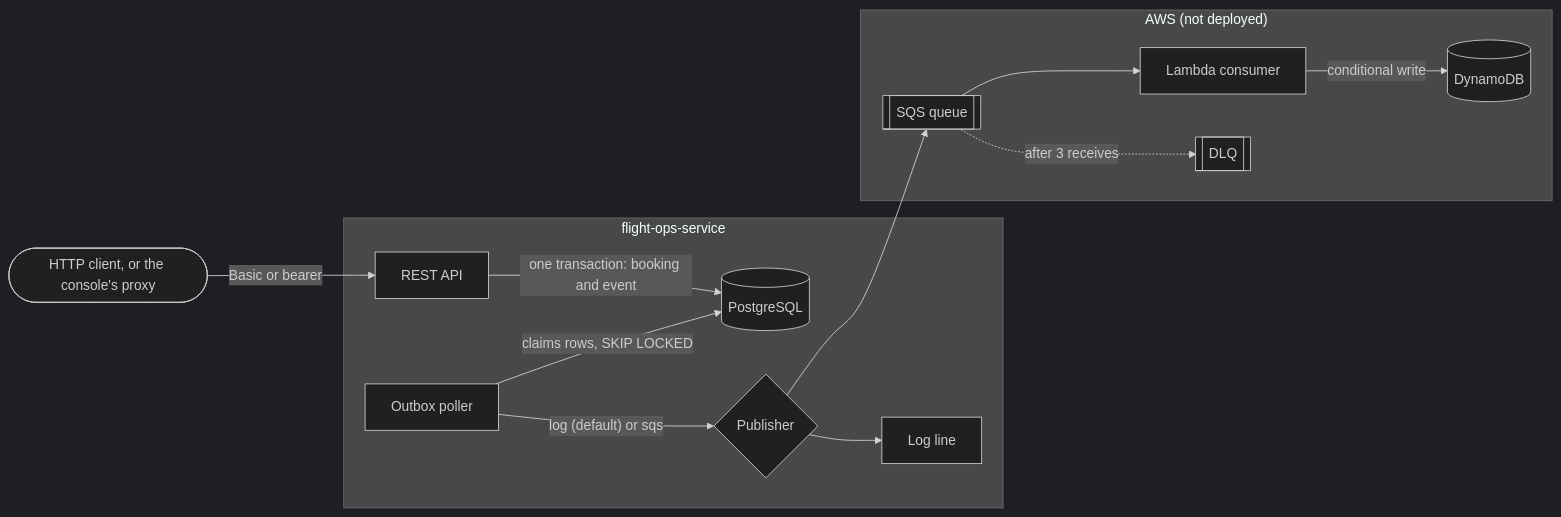
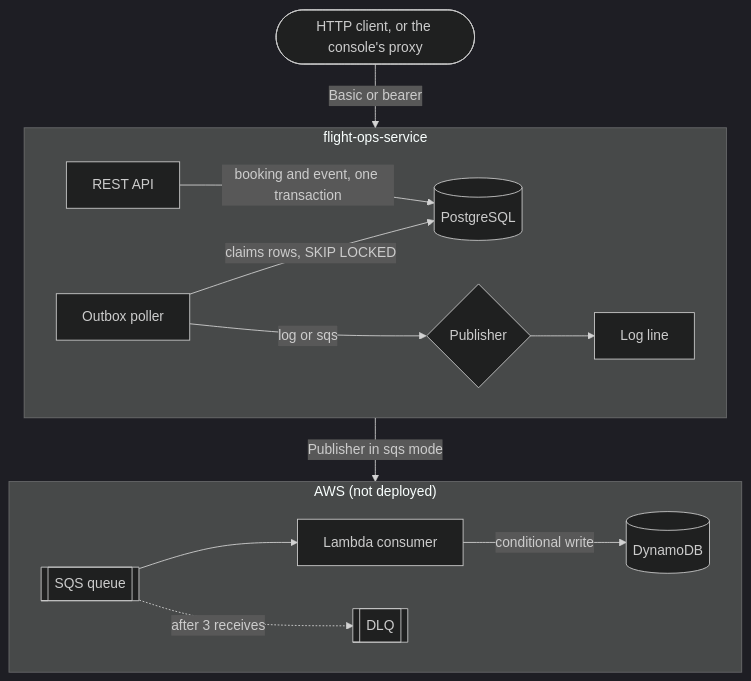
One commit to smit-lakhani-13/flight-ops-services changed the diagram in README.md. Above: the diagram before and after it, drawn with Mermaid (dark theme). The commit also changed other lines of this file and 2 other files, not shown here.

````diff
--- a/README.md
+++ b/README.md
@@ -15,16 +23,18 @@
 ```mermaid
-flowchart LR
-  client(["HTTP client, or the console's proxy"]) -->|"Basic or bearer"| api
+flowchart TB
+  client(["HTTP client, or the console's proxy"]) -->|"Basic or bearer"| svc
   subgraph svc ["flight-ops-service"]
-    api[REST API] -->|"one transaction: booking and event"| db[(PostgreSQL)]
+    direction LR
+    api[REST API] -->|"booking and event, one transaction"| db[(PostgreSQL)]
     poller[Outbox poller] -->|"claims rows, SKIP LOCKED"| db
-    poller -->|"log (default) or sqs"| pub{Publisher}
+    poller -->|"log or sqs"| pub{Publisher}
     pub --> logline[Log line]
   end
   subgraph aws ["AWS (not deployed)"]
+    direction LR
     sqs[[SQS queue]] --> fn[Lambda consumer]
     fn -->|"conditional write"| ddb[(DynamoDB)]
     sqs -.->|"after 3 receives"| dlq[[DLQ]]
   end
-  pub --> sqs
+  svc -->|"Publisher in sqs mode"| aws
 ```
````
